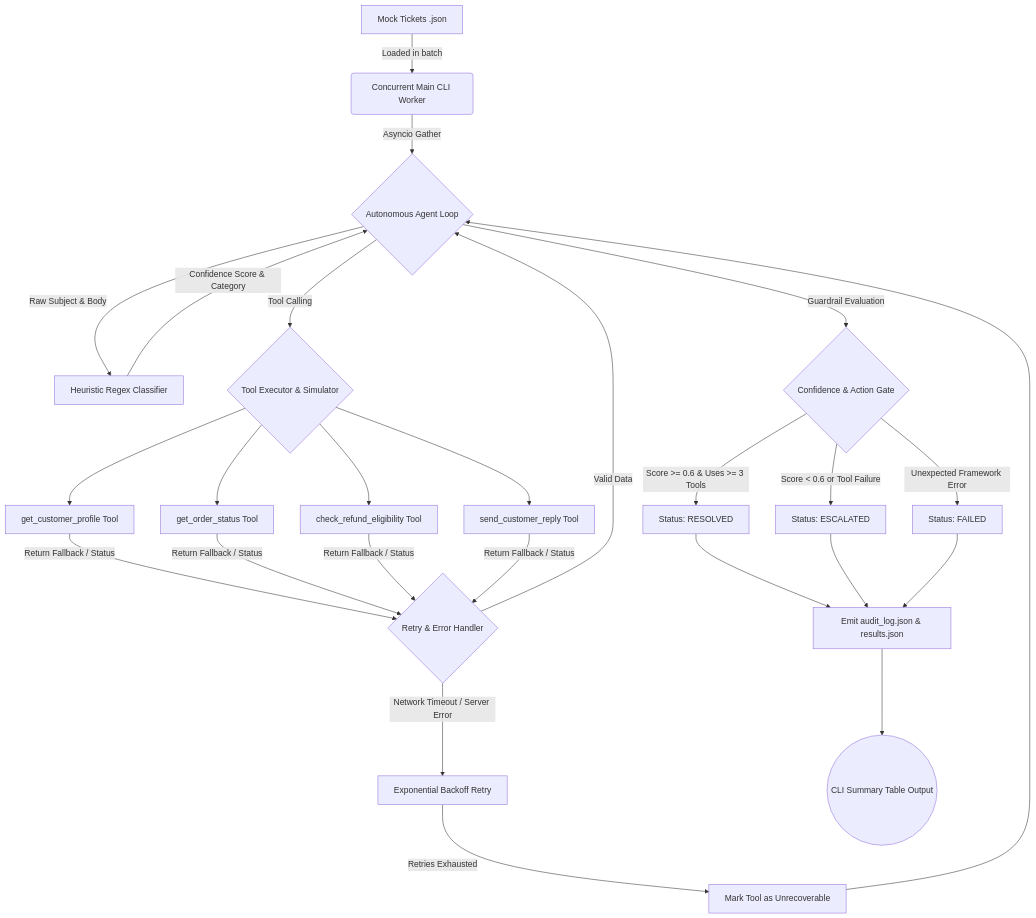
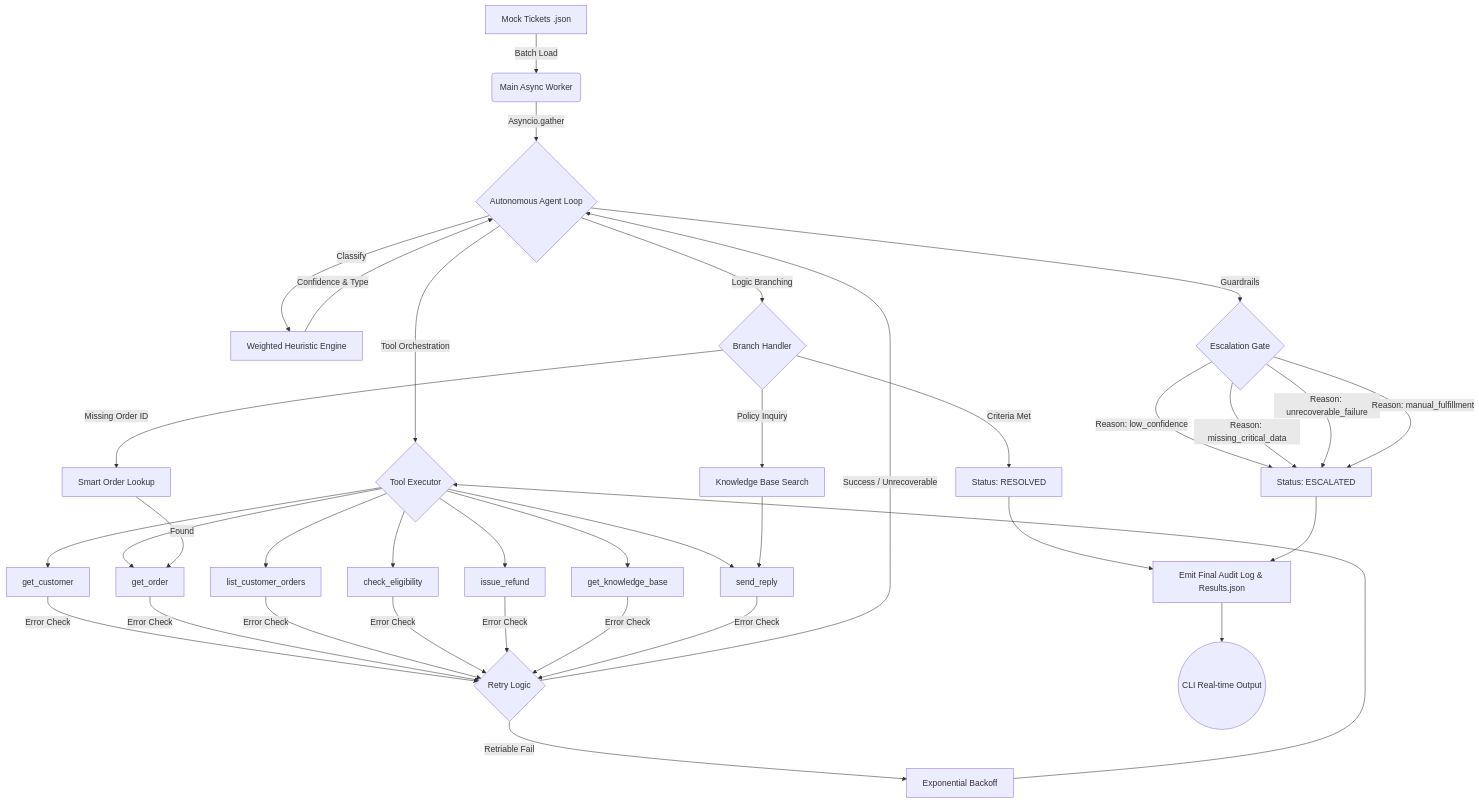
Before and after one commit to Chandra142/hackathon2026-Ram-Chandra-Gupta: the diagram in architecture_diagram.md, drawn with Mermaid. The commit also changed 6 other files, not shown here.

````diff
--- a/architecture_diagram.md
+++ b/architecture_diagram.md
@@ -3,28 +3,38 @@
 ```mermaid
 graph TD
-    A[Mock Tickets .json] -->|Loaded in batch| B(Concurrent Main CLI Worker)
-    B -->|Asyncio Gather| C{Autonomous Agent Loop}
+    A[Mock Tickets .json] -->|Batch Load| B(Main Async Worker)
+    B -->|Asyncio.gather| C{Autonomous Agent Loop}
     
-    C -->|Raw Subject & Body| D[Heuristic Regex Classifier]
-    D -->|Confidence Score & Category| C
+    C -->|Classify| D[Weighted Heuristic Engine]
+    D -->|Confidence & Type| C
     
-    C -- Tool Calling --> E{Tool Executor & Simulator}
-    E --> F[get_customer_profile Tool]
-    E --> G[get_order_status Tool]
-    E --> H[check_refund_eligibility Tool]
-    E --> I[send_customer_reply Tool]
+    C -- Tool Orchestration --> E{Tool Executor}
+    E --> F[get_customer]
+    E --> G[get_order]
+    E --> H[list_customer_orders]
+    E --> I[check_eligibility]
+    E --> J[issue_refund]
+    E --> K[get_knowledge_base]
+    E --> L[send_reply]
     
-    F & G & H & I -- Return Fallback / Status --> J{Retry & Error Handler}
-    J -->|Valid Data| C
-    J -->|Network Timeout / Server Error| K[Exponential Backoff Retry]
-    K -- Retries Exhausted --> L[Mark Tool as Unrecoverable]
-    L --> C
+    F & G & H & I & J & K & L -->|Error Check| M{Retry Logic}
+    M -->|Retriable Fail| N[Exponential Backoff]
+    N --> E
+    M -->|Success / Unrecoverable| C
     
-    C -- Guardrail Evaluation --> M{Confidence & Action Gate}
-    M -- Score >= 0.6 & Uses >= 3 Tools --> N[Status: RESOLVED]
-    M -- Score < 0.6 or Tool Failure --> O[Status: ESCALATED]
-    M -- Unexpected Framework Error --> P[Status: FAILED]
+    C -- Logic Branching --> O{Branch Handler}
+    O -->|Missing Order ID| P[Smart Order Lookup]
+    P -->|Found| G
+    O -->|Policy Inquiry| Q[Knowledge Base Search]
+    Q --> L
+    O -->|Criteria Met| R[Status: RESOLVED]
     
-    N & O & P --> Q[Emit audit_log.json & results.json]
-    Q --> R((CLI Summary Table Output))
+    C -- Guardrails --> S{Escalation Gate}
+    S -->|Reason: low_confidence| T[Status: ESCALATED]
+    S -->|Reason: missing_critical_data| T
+    S -->|Reason: unrecoverable_failure| T
+    S -->|Reason: manual_fulfillment| T
+    
+    R & T --> U[Emit Final Audit Log & Results.json]
+    U --> V((CLI Real-time Output))
 ```
````
